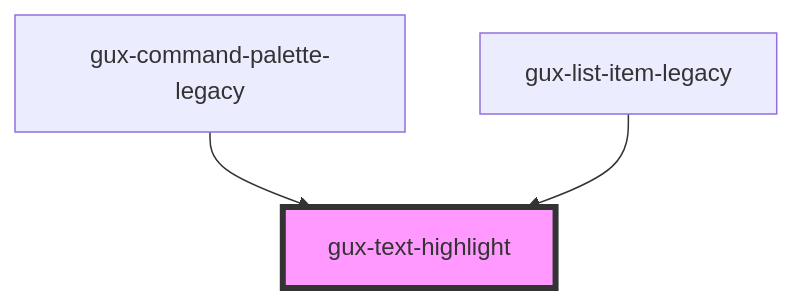
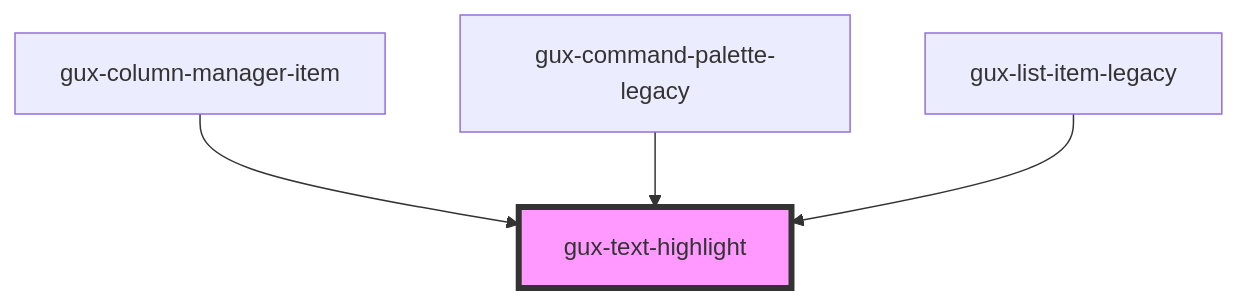
Before and after one commit to MyPureCloud/genesys-spark: the diagram in src/components/stable/gux-text-highlight/readme.md, drawn with Mermaid. The commit also changed other lines of this file and 18 other files, not shown here.

First line of the commit message:
feat(column-manager): added column manager component

````diff
--- a/src/components/stable/gux-text-highlight/readme.md
+++ b/src/components/stable/gux-text-highlight/readme.md
@@ -25,6 +26,7 @@
 ```mermaid
 graph TD;
+  gux-column-manager-item --> gux-text-highlight
   gux-command-palette-legacy --> gux-text-highlight
   gux-list-item-legacy --> gux-text-highlight
   style gux-text-highlight fill:#f9f,stroke:#333,stroke-width:4px
 ```
````
